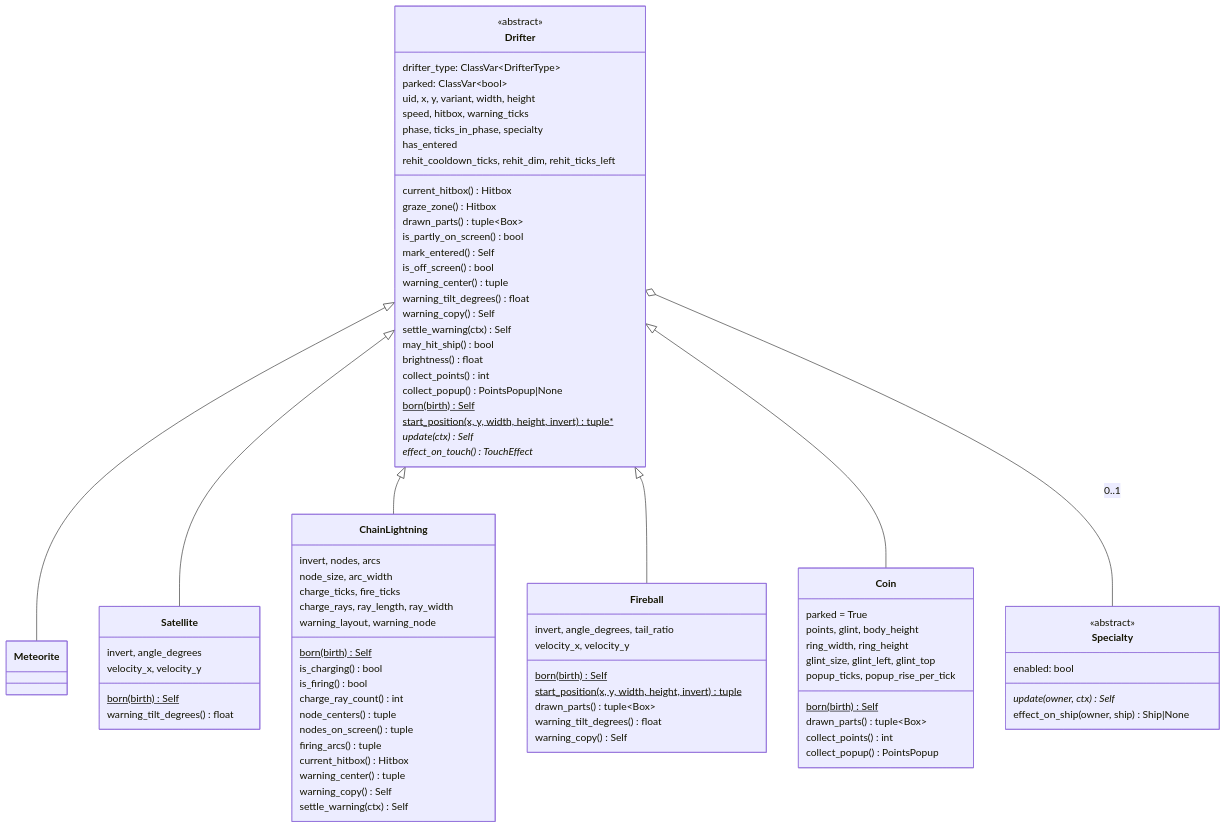
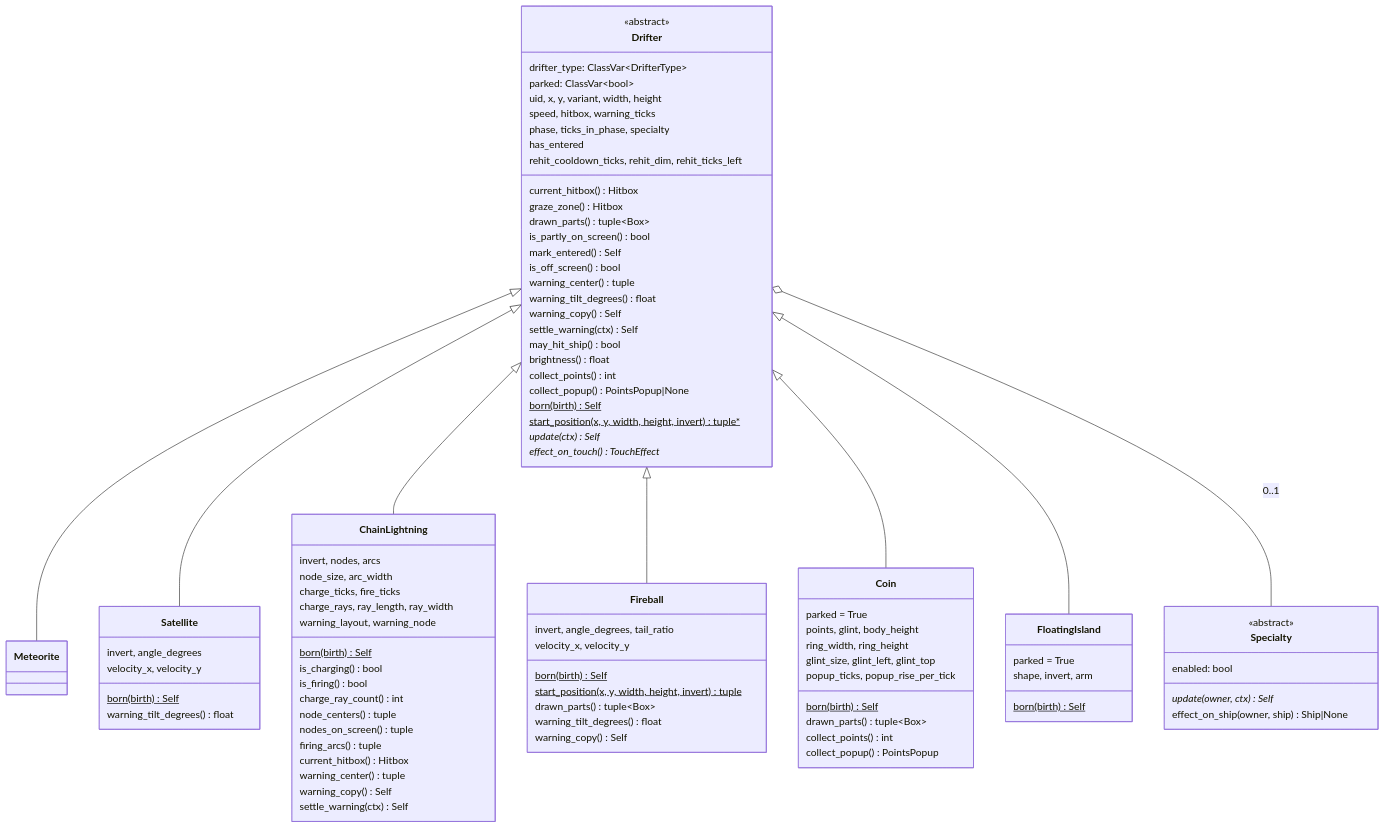
Before and after one commit to david-mntl/driftward-ace: the first of 6 diagrams in docs/contracts/systems/drifters.md, drawn with Mermaid. The commit also changed other lines of this file and 15 other files, not shown here.

Commit message:
docs(contracts): add DRA-86 floating island tasks and tuning schema; update drifters, ship, run, app contracts and wave and debug spawn schemas

````diff
--- a/docs/contracts/systems/drifters.md
+++ b/docs/contracts/systems/drifters.md
@@ -113,10 +119,16 @@
     collect_points() int
     collect_popup() PointsPopup
   }
+  class FloatingIsland {
+    parked = True
+    shape, invert, arm
+    born(birth)$ Self
+  }
   Drifter <|-- Meteorite
   Drifter <|-- Satellite
   Drifter <|-- ChainLightning
   Drifter <|-- Fireball
   Drifter <|-- Coin
+  Drifter <|-- FloatingIsland
   Drifter o-- Specialty : 0..1
 ```
````
